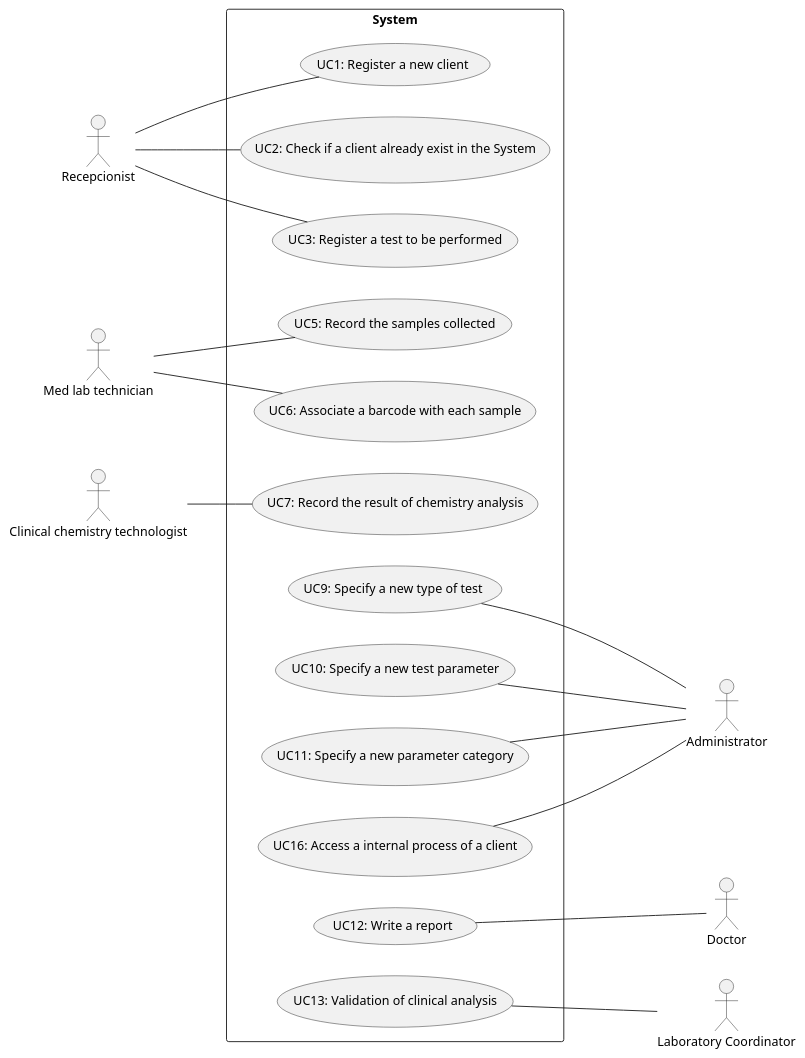
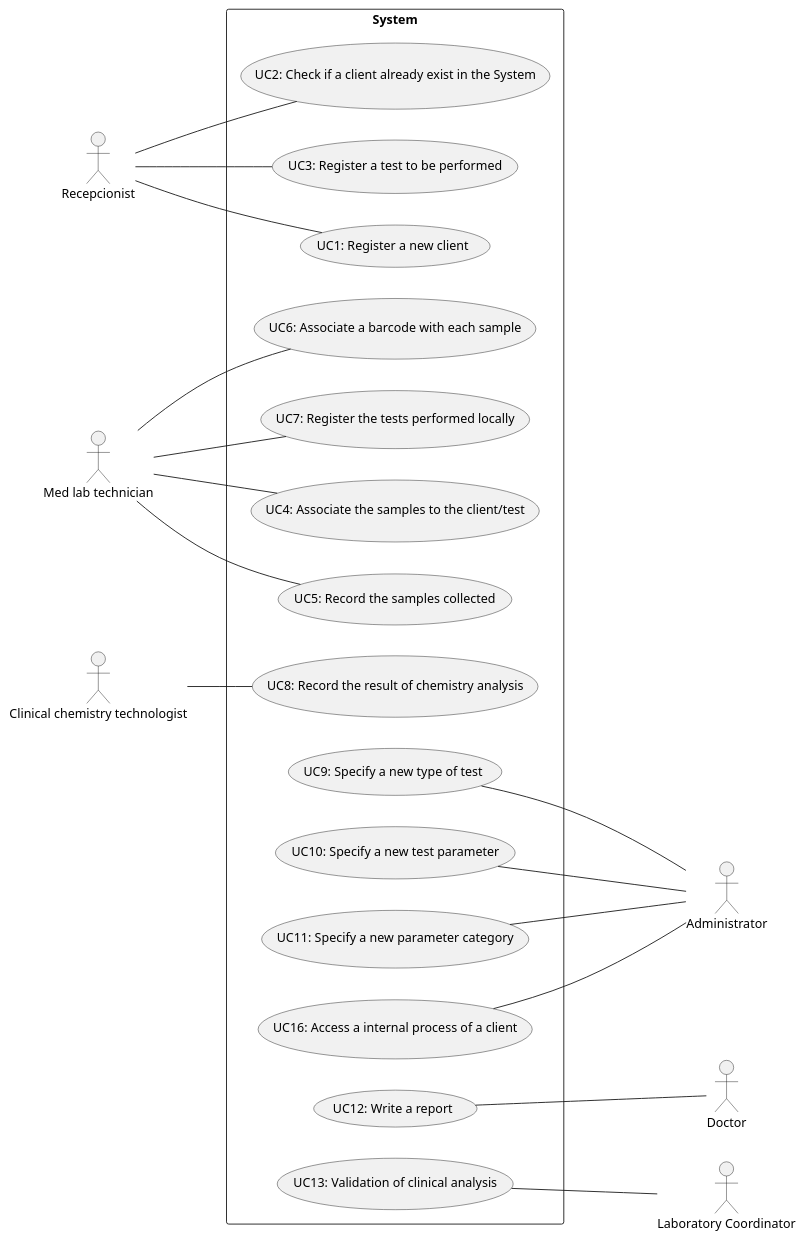
The diagram in docs/SprintA/UCD.puml (manu-07-ela/LAPR2_ISEP), drawn with PlantUML before and after one commit. The commit also changed 1 other file, not shown here.

```diff
--- a/docs/SprintA/UCD.puml
+++ b/docs/SprintA/UCD.puml
@@ -1,48 +1,52 @@
 @startuml
 'https://plantuml.com/use-case-diagram
 left to right direction
 actor "Administrator" as Adm
 actor "Recepcionist" as Recp
 actor "Med lab technician" as MedLab
 actor "Clinical chemistry technologist" as ClinTec
 actor "Doctor" as Doc
 actor "Laboratory Coordinator" as LabCod
 
 
 rectangle System{
 
 usecase "UC1: Register a new client" as UC1
 usecase "UC2: Check if a client already exist in the System" as UC2
 usecase "UC3: Register a test to be performed" as UC3
+usecase "UC4: Associate the samples to the client/test" as UC4
 usecase "UC5: Record the samples collected" as UC5
 usecase "UC6: Associate a barcode with each sample" as UC6
-usecase "UC7: Record the result of chemistry analysis" as UC7
+usecase "UC7: Register the tests performed locally" as UC7
+usecase "UC8: Record the result of chemistry analysis" as UC8
 usecase "UC9: Specify a new type of test" as UC9
 usecase "UC10: Specify a new test parameter" as UC10
 usecase "UC11: Specify a new parameter category" as UC11
 usecase "UC12: Write a report" as UC12
 usecase "UC13: Validation of clinical analysis" as UC13
 usecase "UC16: Access a internal process of a client" as UC16
 
 }
 
 Recp -- UC1
 Recp -- UC2
 Recp -- UC3
+MedLab -- UC4
 MedLab -- UC5
 MedLab -- UC6
-ClinTec -- UC7
+MedLab -- UC7
+ClinTec -- UC8
 UC9 --- Adm
 UC10 --- Adm
 UC11 --- Adm
 UC16 --- Adm
 UC12 --- Doc
 UC13 --- LabCod
 
 
 
 
 
 
 
 @enduml
```
